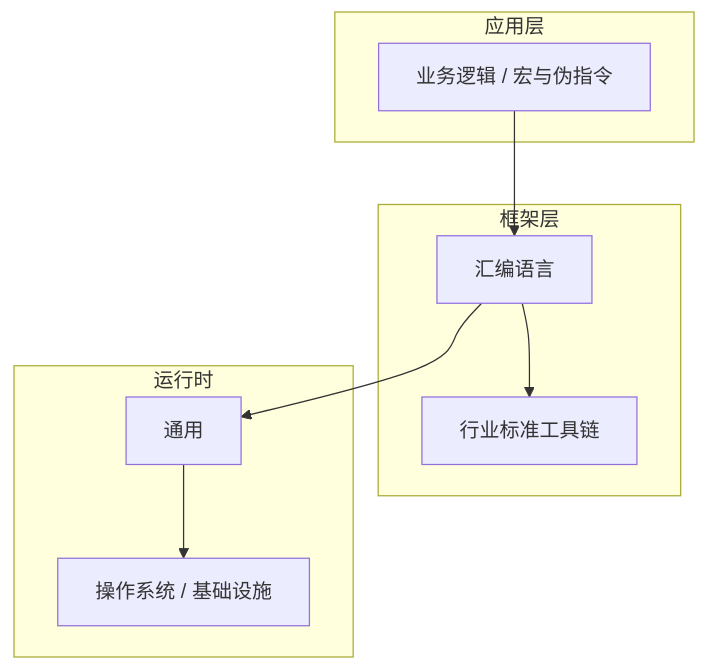
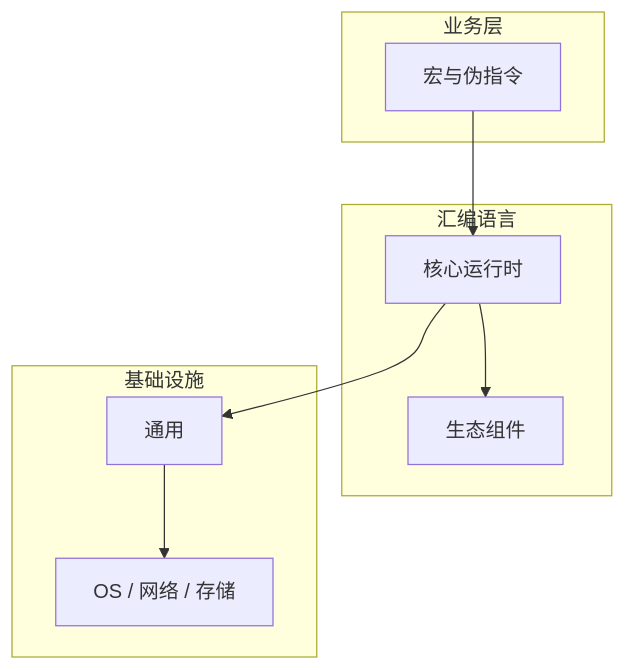
Before and after one commit to yanggan2015/knowledge-json-v2: the diagram in articles/汇编语言/chapters/049-宏与伪指令核心概念与原理.md, drawn with Mermaid. The commit also changed other lines of this file and 10127 other files, not shown here.

````diff
--- a/articles/汇编语言/chapters/049-宏与伪指令核心概念与原理.md
+++ b/articles/汇编语言/chapters/049-宏与伪指令核心概念与原理.md
@@ -45,18 +34,18 @@
 ```mermaid
 graph TB
-    subgraph 应用层
-        A[业务逻辑 / 宏与伪指令]
+    subgraph 业务层
+        A[宏与伪指令]
     end
-    subgraph 框架层
-        B[汇编语言]
-        C[行业标准工具链]
+    subgraph 汇编语言
+        B[核心运行时]
+        C[生态组件]
     end
-    subgraph 运行时
+    subgraph 基础设施
         D[通用]
-        E[操作系统 / 基础设施]
+        E[OS / 网络 / 存储]
     end
     A --> B
     B --> C
     B --> D
     D --> E
 ```
````
